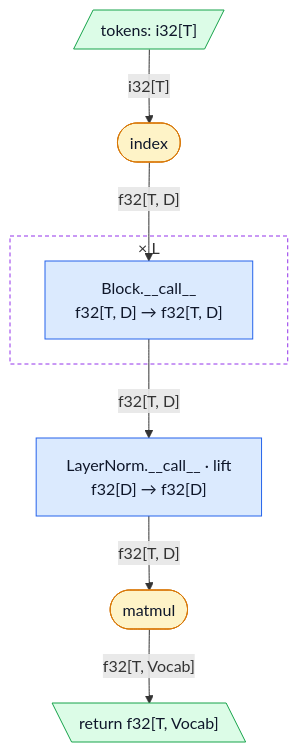
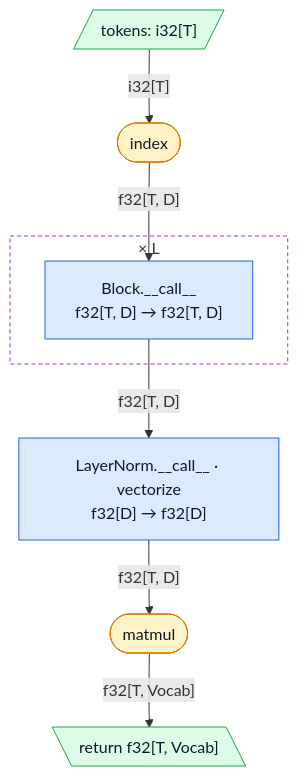
One commit to davidesartor/expex changed the diagram in README.md. Above: the diagram before and after it, drawn with Mermaid. The commit also changed other lines of this file and 28 other files, not shown here.

First line of the commit message:
Rename lift to vectorize

````diff
--- a/README.md
+++ b/README.md
@@ -599,25 +599,25 @@
 ```mermaid
 flowchart TD
   n0[/"tokens: i32#91;T#93;"/]
   n7(["index"])
   subgraph b0 ["× L"]
     b1["Block.#95;#95;call#95;#95;
 f32#91;T, D#93; → f32#91;T, D#93;"]
   end
-  b10["LayerNorm.#95;#95;call#95;#95; · lift
+  b10["LayerNorm.#95;#95;call#95;#95; · vectorize
 f32#91;D#93; → f32#91;D#93;"]
   n170(["matmul"])
   n171[\"return f32#91;T, Vocab#93;"\]
   n0 -->|"i32#91;T#93;"| n7
   n7 -->|"f32#91;T, D#93;"| b1
   b1 -->|"f32#91;T, D#93;"| b10
   b10 -->|"f32#91;T, D#93;"| n170
   n170 -->|"f32#91;T, Vocab#93;"| n171
   classDef calls fill:#dbeafe,stroke:#2563eb,color:#0f172a
   classDef ops fill:#fef3c7,stroke:#d97706,color:#0f172a
   classDef io fill:#dcfce7,stroke:#16a34a,color:#0f172a
   class b1,b10 calls
   class n7,n170 ops
   class n0,n171 io
   style b0 fill:transparent,stroke:#9333ea,stroke-dasharray:4 3
 ```
````
